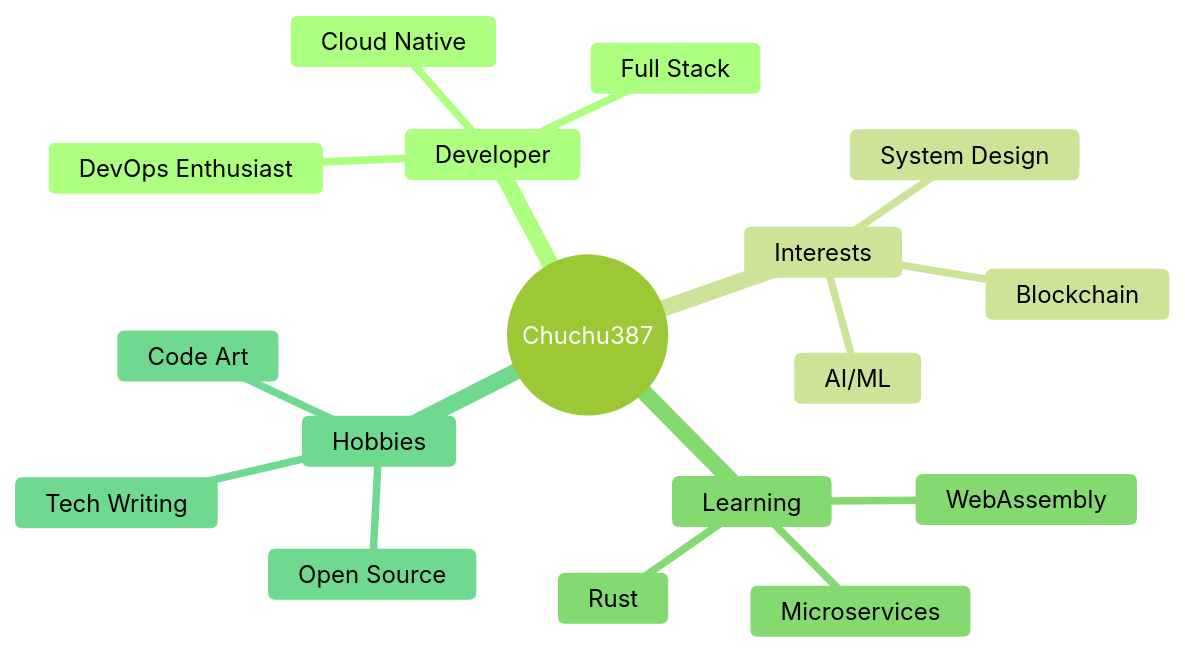
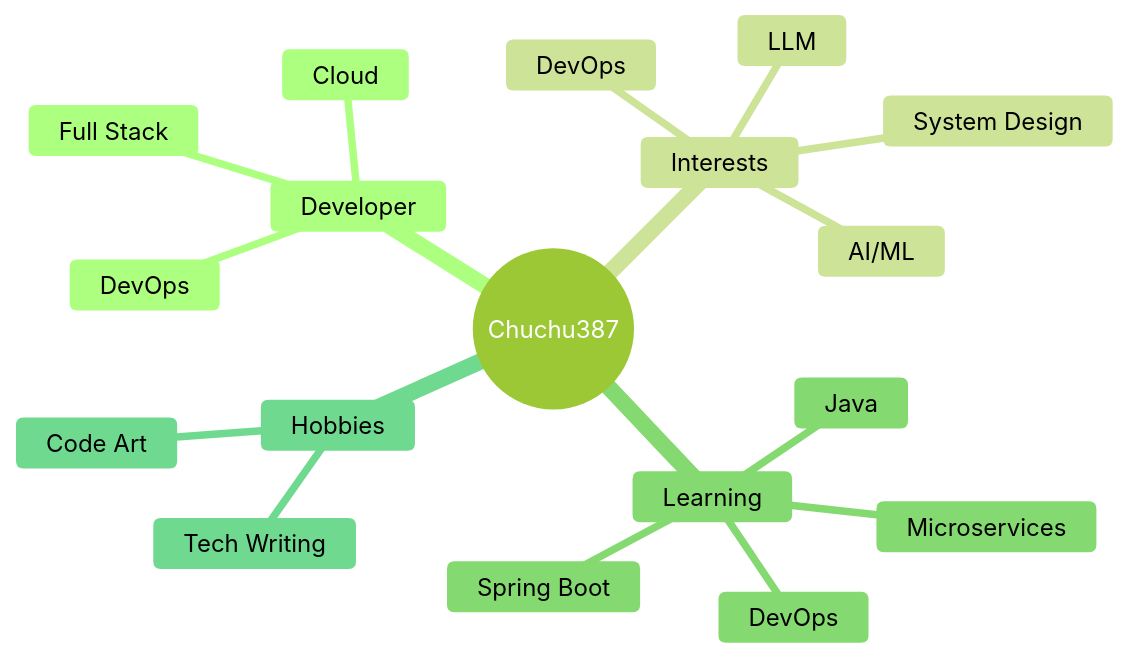
Before and after one commit to chuchu387/chuchu387: the diagram in README.md, drawn with Mermaid (forest theme). The commit also changed other lines of this file, not shown here.

````diff
--- a/README.md
+++ b/README.md
@@ -36,20 +36,21 @@
 ```mermaid
 mindmap
   root((Chuchu387))
     Developer
       Full Stack
-      Cloud Native
-      DevOps Enthusiast
+      Cloud 
+      DevOps 
     Interests
       AI/ML
-      Blockchain
+      DevOps
+      LLM
       System Design
     Learning
-      Rust
-      WebAssembly
+      DevOps
+      Java
+      Spring Boot
       Microservices
     Hobbies
-      Open Source
       Tech Writing
       Code Art
 ```
````
